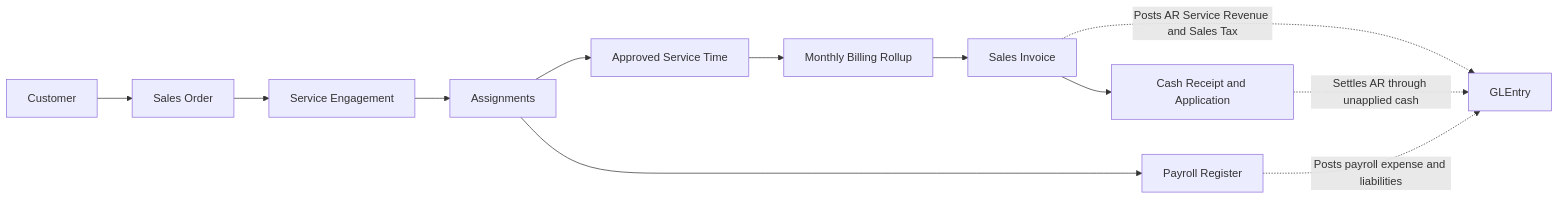
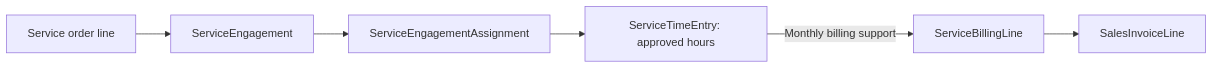
One commit to mmcodesso/CharlesRiver_Database changed the first of 4 diagrams in docs/processes/design-services.md. Above: the diagram before and after it, drawn with Mermaid. The commit also changed other lines of this file and 191 other files, not shown here.

````diff
--- a/docs/processes/design-services.md
+++ b/docs/processes/design-services.md
@@ -59,19 +72,8 @@
 ```mermaid
 flowchart LR
-    C[Customer]
-    SO[Sales Order]
-    ENG[Service Engagement]
-    STAFF[Assignments]
-    TIME[Approved Service Time]
-    BILL[Monthly Billing Rollup]
-    INV[Sales Invoice]
-    CASH[Cash Receipt and Application]
-    PAY[Payroll Register]
-    GL[GLEntry]
-
-    C --> SO --> ENG --> STAFF --> TIME --> BILL --> INV --> CASH
-    STAFF --> PAY
-    INV -. Posts AR Service Revenue and Sales Tax .-> GL
-    CASH -. Settles AR through unapplied cash .-> GL
-    PAY -. Posts payroll expense and liabilities .-> GL
+    ORDER[Service order line] --> ENG[ServiceEngagement]
+    ENG --> STAFF[ServiceEngagementAssignment]
+    STAFF --> TIME[ServiceTimeEntry: approved hours]
+    TIME -->|Monthly billing support| BILL[ServiceBillingLine]
+    BILL --> INV[SalesInvoiceLine]
 ```
````
